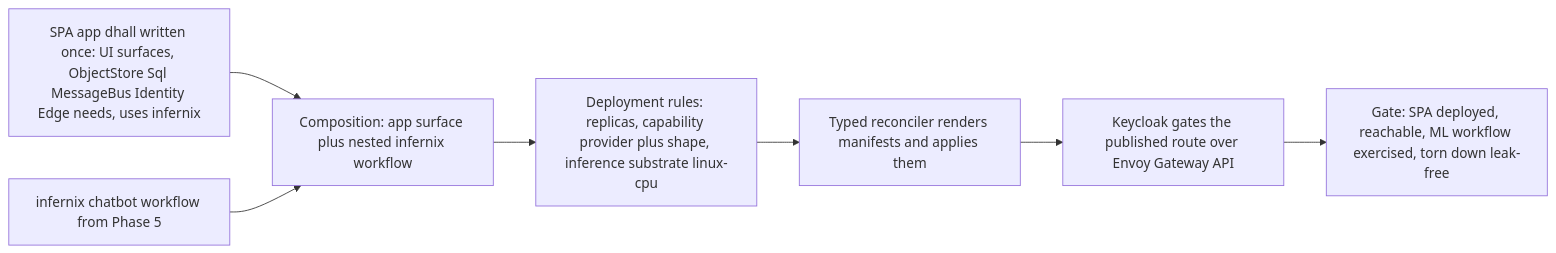
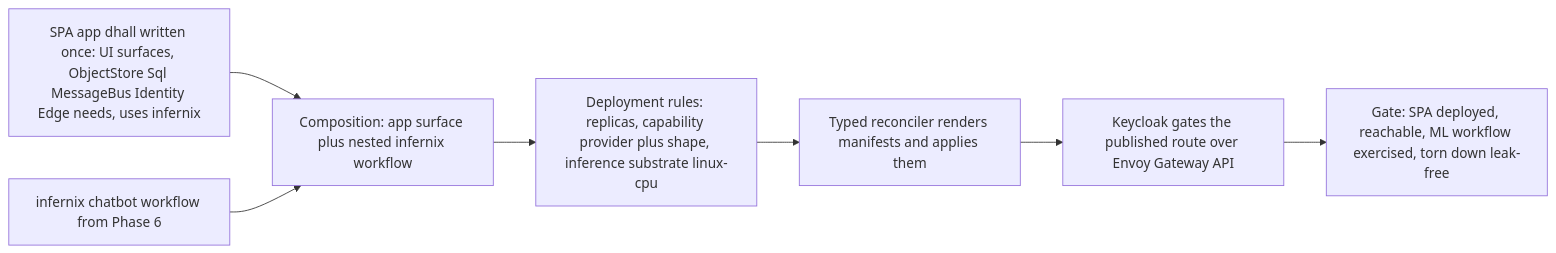
The diagram in DEVELOPMENT_PLAN/phase_12_spa_composition.md (Tuee22/amoebius), drawn with Mermaid before and after one commit. The commit also changed other lines of this file and 47 other files, not shown here.

````diff
--- a/DEVELOPMENT_PLAN/phase_12_spa_composition.md
+++ b/DEVELOPMENT_PLAN/phase_12_spa_composition.md
@@ -50,9 +54,9 @@
 ```mermaid
 flowchart LR
   spa[SPA app dhall written once: UI surfaces, ObjectStore Sql MessageBus Identity Edge needs, uses infernix] --> compose[Composition: app surface plus nested infernix workflow]
-  workflow[infernix chatbot workflow from Phase 5] --> compose
+  workflow[infernix chatbot workflow from Phase 6] --> compose
   compose --> rules[Deployment rules: replicas, capability provider plus shape, inference substrate linux-cpu]
   rules --> render[Typed reconciler renders manifests and applies them]
   render --> edge[Keycloak gates the published route over Envoy Gateway API]
   edge --> gate[Gate: SPA deployed, reachable, ML workflow exercised, torn down leak-free]
 ```
````
